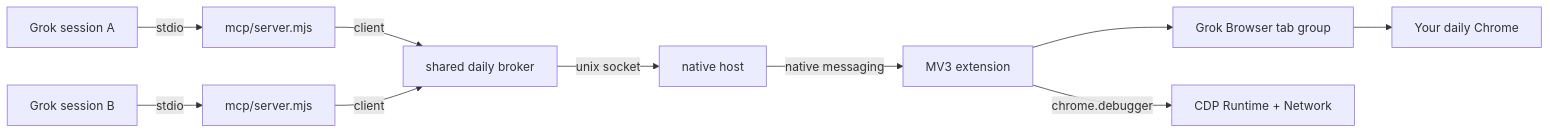
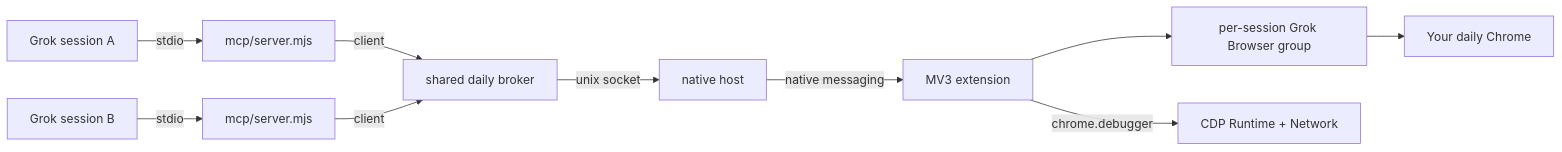
One commit to LiFeiYu-boost/grok-browser-use changed the diagram in README.md. Above: the diagram before and after it, drawn with Mermaid. The commit also changed other lines of this file and 12 other files, not shown here.

First line of the commit message:
Fix #12: isolate Grok sessions into their own tab groups

````diff
--- a/README.md
+++ b/README.md
@@ -29,12 +29,12 @@
 ```mermaid
 flowchart LR
   G1[Grok session A] -->|stdio| M1[mcp/server.mjs]
   G2[Grok session B] -->|stdio| M2[mcp/server.mjs]
   M1 -->|client| HUB[shared daily broker]
   M2 -->|client| HUB
   HUB -->|unix socket| H[native host]
   H -->|native messaging| E[MV3 extension]
-  E --> T[Grok Browser tab group]
+  E --> T[per-session Grok Browser group]
   T --> C[Your daily Chrome]
   E -->|chrome.debugger| D[CDP Runtime + Network]
 ```
````
